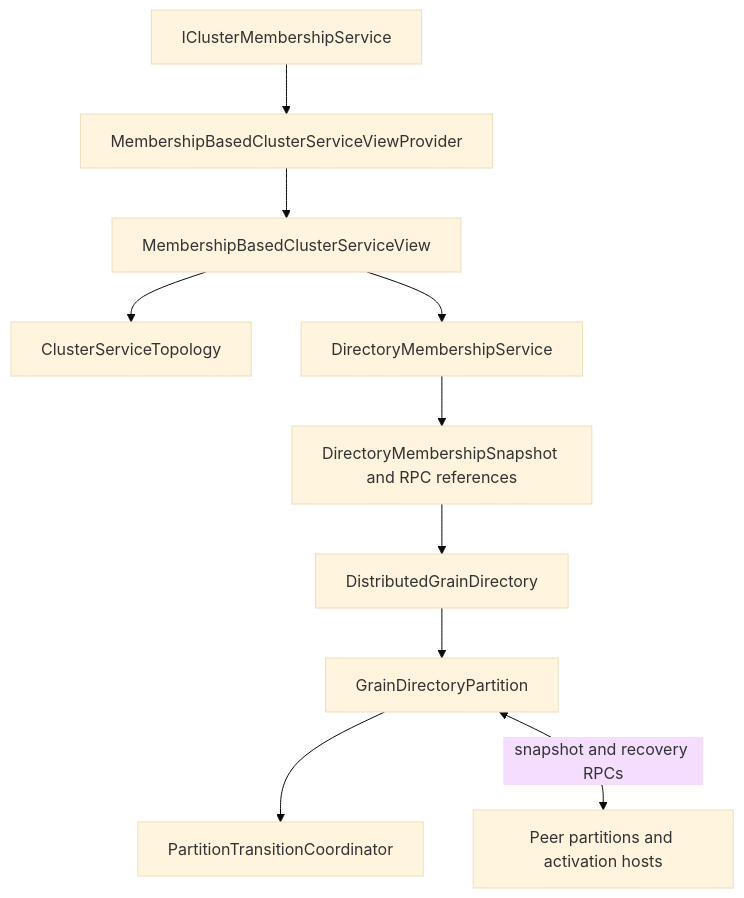
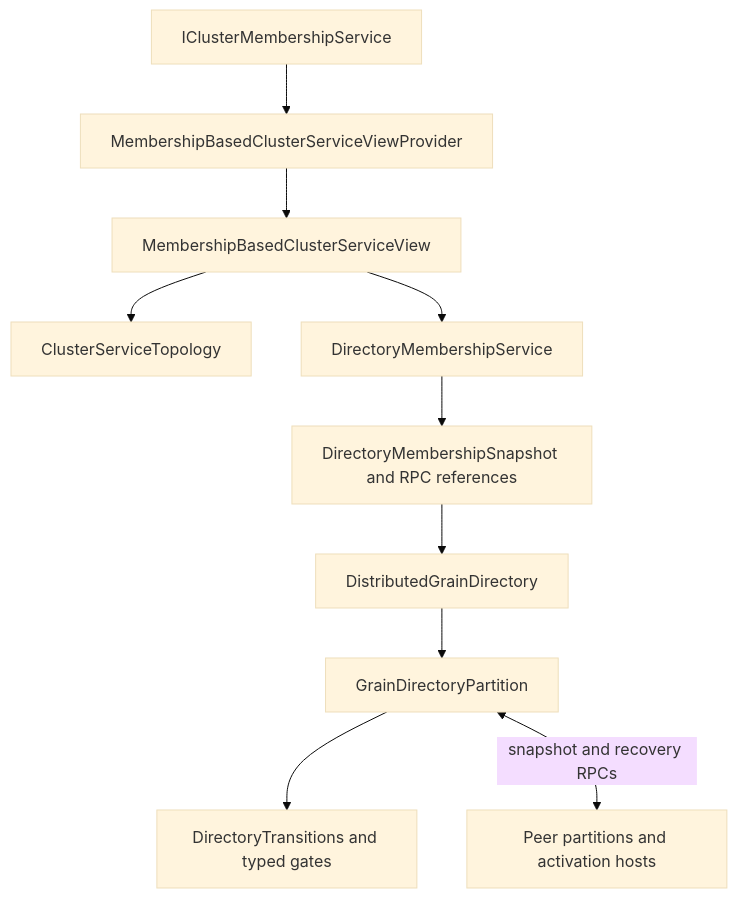
Before and after one commit to ReubenBond/orleans: the first of 2 diagrams in docs/site/src/content/docs/implementation/view-synchronous-cluster-services.md, drawn with Mermaid (base theme). The commit also changed other lines of this file and 35 other files, not shown here.

Commit message:
feat(runtime): coordinate authoritative resource views with typed ownership gates

````diff
--- a/docs/site/src/content/docs/implementation/view-synchronous-cluster-services.md
+++ b/docs/site/src/content/docs/implementation/view-synchronous-cluster-services.md
@@ -111,12 +115,12 @@
 ```mermaid
 flowchart TD
     Membership[IClusterMembershipService] --> Projection[MembershipBasedClusterServiceViewProvider]
     Projection --> View[MembershipBasedClusterServiceView]
     View --> Topology[ClusterServiceTopology]
     View --> Adapter[DirectoryMembershipService]
     Adapter --> Routing[DirectoryMembershipSnapshot and RPC references]
     Routing --> Directory[DistributedGrainDirectory]
     Directory --> Partition[GrainDirectoryPartition]
-    Partition --> Gates[PartitionTransitionCoordinator]
+    Partition --> Gates[DirectoryTransitions and typed gates]
     Partition <-->|snapshot and recovery RPCs| Peers[Peer partitions and activation hosts]
 ```
````
